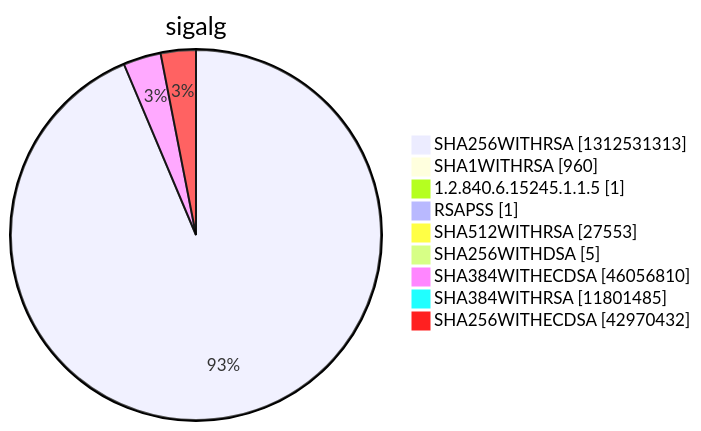
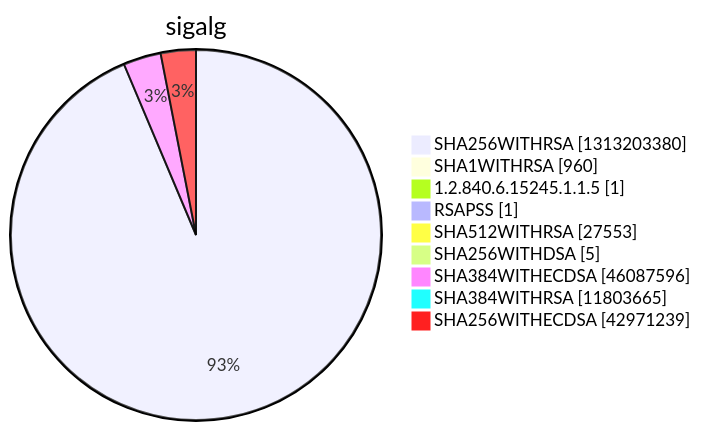
Diagram 15 of 15 in argon2022/README.md (christiankrug/ctmonitor_visualization), drawn with Mermaid before and after one commit. The commit also changed other lines of this file, not shown here.

````diff
--- a/argon2022/README.md
+++ b/argon2022/README.md
@@ -5523,13 +5523,13 @@
 ```mermaid
 pie showData
 title sigalg
-"SHA256WITHRSA" :1312531313
+"SHA256WITHRSA" :1313203380
 "SHA1WITHRSA" :960
 "1.2.840.6.15245.1.1.5" :1
 "RSAPSS" :1
 "SHA512WITHRSA" :27553
 "SHA256WITHDSA" :5
-"SHA384WITHECDSA" :46056810
-"SHA384WITHRSA" :11801485
-"SHA256WITHECDSA" :42970432
+"SHA384WITHECDSA" :46087596
+"SHA384WITHRSA" :11803665
+"SHA256WITHECDSA" :42971239
 ```
````
